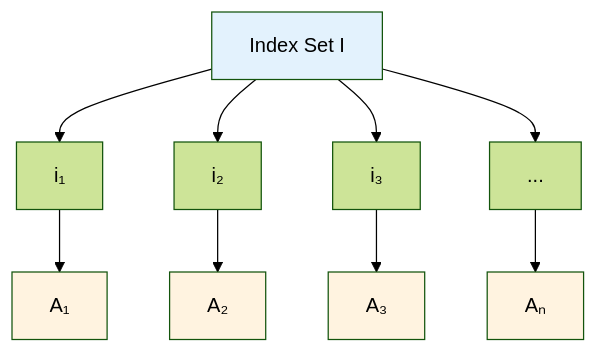
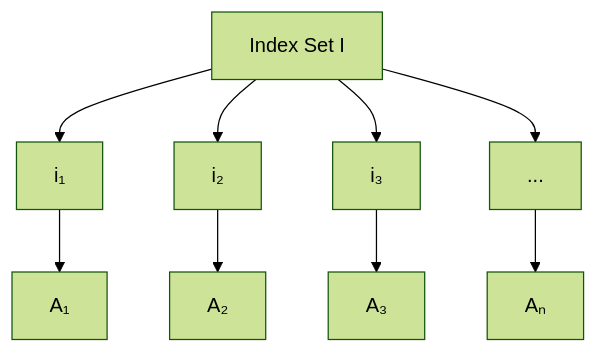
Before and after one commit to PanagopoulosNikolaos/University_Code: the first of 2 diagrams in Semester_2/DISCREET_MATHEMATICS/4_Indexed Sets & Well Ordering Principle.md, drawn with Mermaid (forest theme). The commit also changed other lines of this file and 8 other files, not shown here.

````diff
--- a/Semester_2/DISCREET_MATHEMATICS/4_Indexed Sets & Well Ordering Principle.md
+++ b/Semester_2/DISCREET_MATHEMATICS/4_Indexed Sets & Well Ordering Principle.md
@@ -13,17 +13,17 @@
 ```mermaid
 graph TD
     I[Index Set I] --> i1[i₁]
     I --> i2[i₂] 
     I --> i3[i₃]
     I --> dots[...]
     i1 --> A1[A₁]
     i2 --> A2[A₂]
     i3 --> A3[A₃]
     dots --> An[Aₙ]
     
-    style I fill:#e3f2fd
-    style A1 fill:#fff3e0
-    style A2 fill:#fff3e0
-    style A3 fill:#fff3e0
-    style An fill:#fff3e0
+    style I fill:#f
+    style A1 fill:#f
+    style A2 fill:#f
+    style A3 fill:#f
+    style An fill:#f
 ```
````
